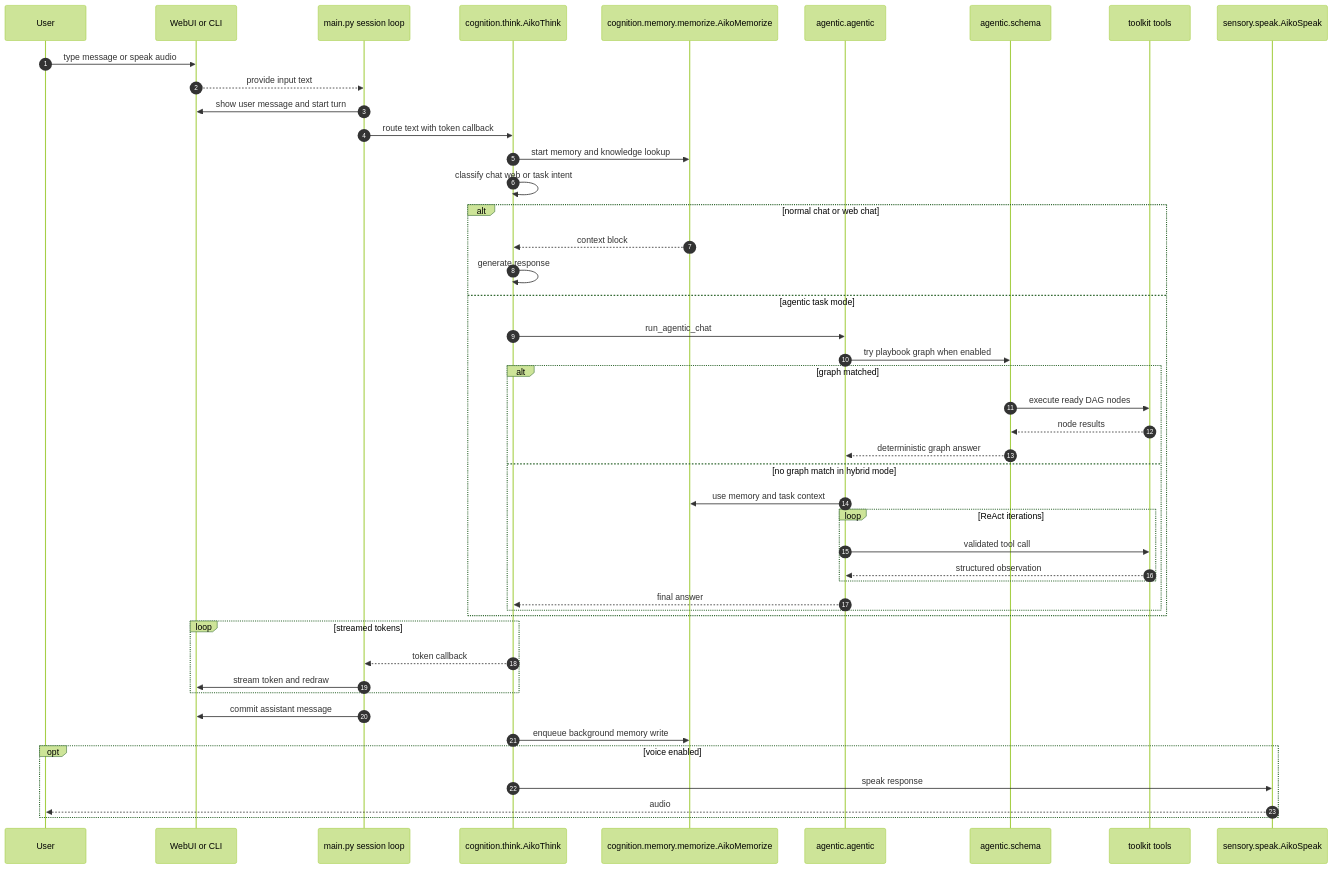
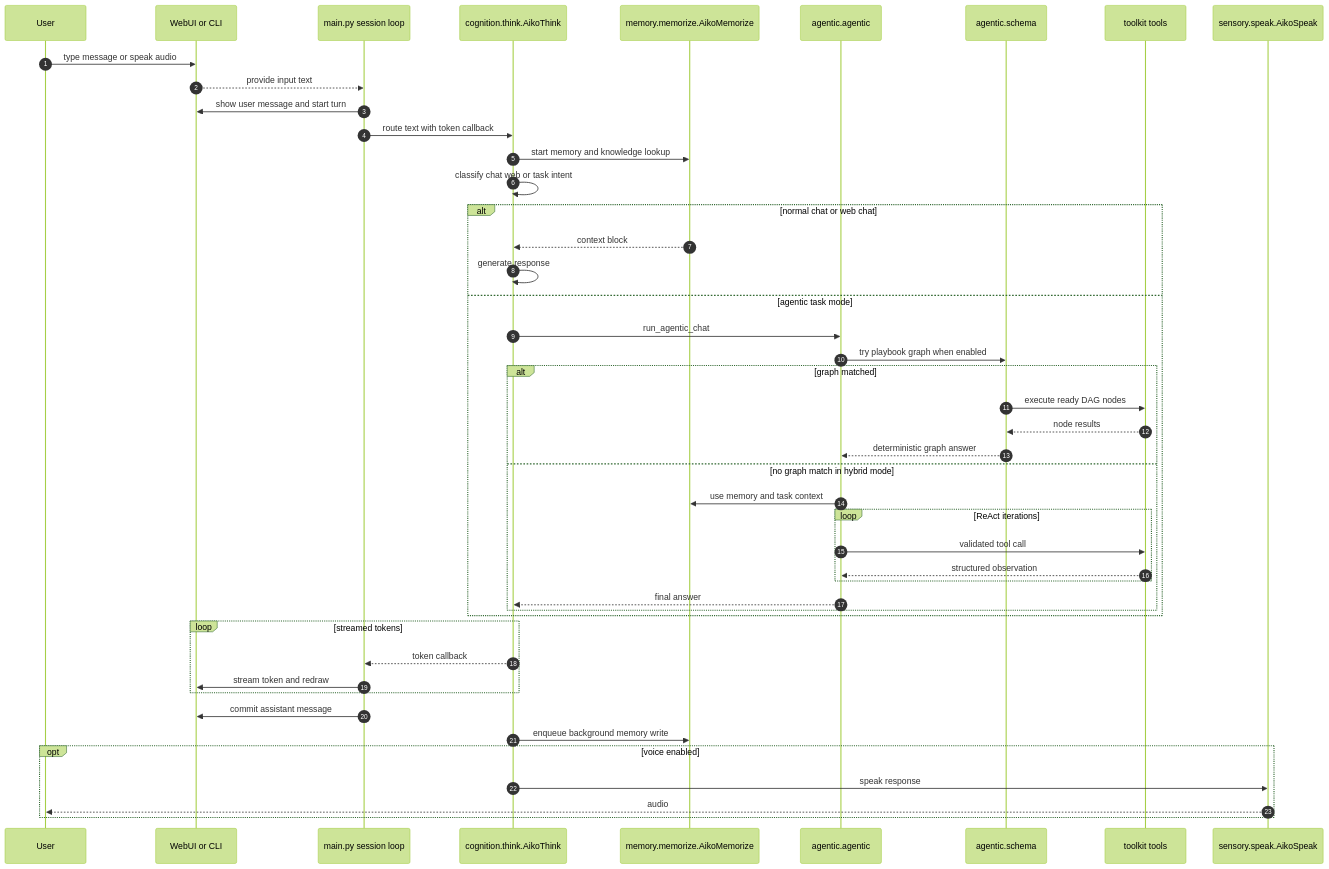
One commit to OppaAI/Aiko-chan changed the third of 5 diagrams in docs/ARCHITECTURE.md. Above: the diagram before and after it, drawn with Mermaid (forest theme). The commit also changed other lines of this file, not shown here.

Commit message:
Update memory module paths to cognition namespace

````diff
--- a/docs/ARCHITECTURE.md
+++ b/docs/ARCHITECTURE.md
@@ -111,49 +111,49 @@
 ```mermaid
 sequenceDiagram
     autonumber
     participant U as User
     participant UI as WebUI or CLI
     participant M as main.py session loop
     participant T as cognition.think.AikoThink
-    participant Mem as cognition.memory.memorize.AikoMemorize
+    participant Mem as memory.memorize.AikoMemorize
     participant A as agentic.agentic
     participant G as agentic.schema
     participant Tools as toolkit tools
     participant S as sensory.speak.AikoSpeak
 
     U->>UI: type message or speak audio
     UI-->>M: provide input text
     M->>UI: show user message and start turn
     M->>T: route text with token callback
     T->>Mem: start memory and knowledge lookup
     T->>T: classify chat web or task intent
     alt normal chat or web chat
         Mem-->>T: context block
         T->>T: generate response
     else agentic task mode
         T->>A: run_agentic_chat
         A->>G: try playbook graph when enabled
         alt graph matched
             G->>Tools: execute ready DAG nodes
             Tools-->>G: node results
             G-->>A: deterministic graph answer
         else no graph match in hybrid mode
             A->>Mem: use memory and task context
             loop ReAct iterations
                 A->>Tools: validated tool call
                 Tools-->>A: structured observation
             end
             A-->>T: final answer
         end
     end
     loop streamed tokens
         T-->>M: token callback
         M->>UI: stream token and redraw
     end
     M->>UI: commit assistant message
     T->>Mem: enqueue background memory write
     opt voice enabled
         T->>S: speak response
         S-->>U: audio
     end
 ```
````
